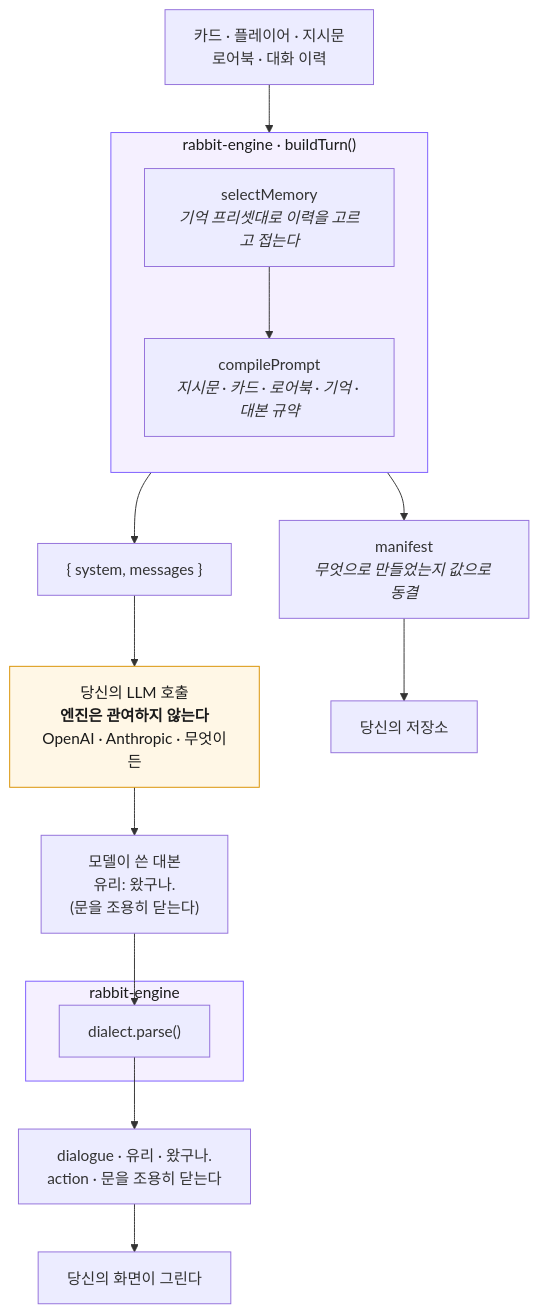
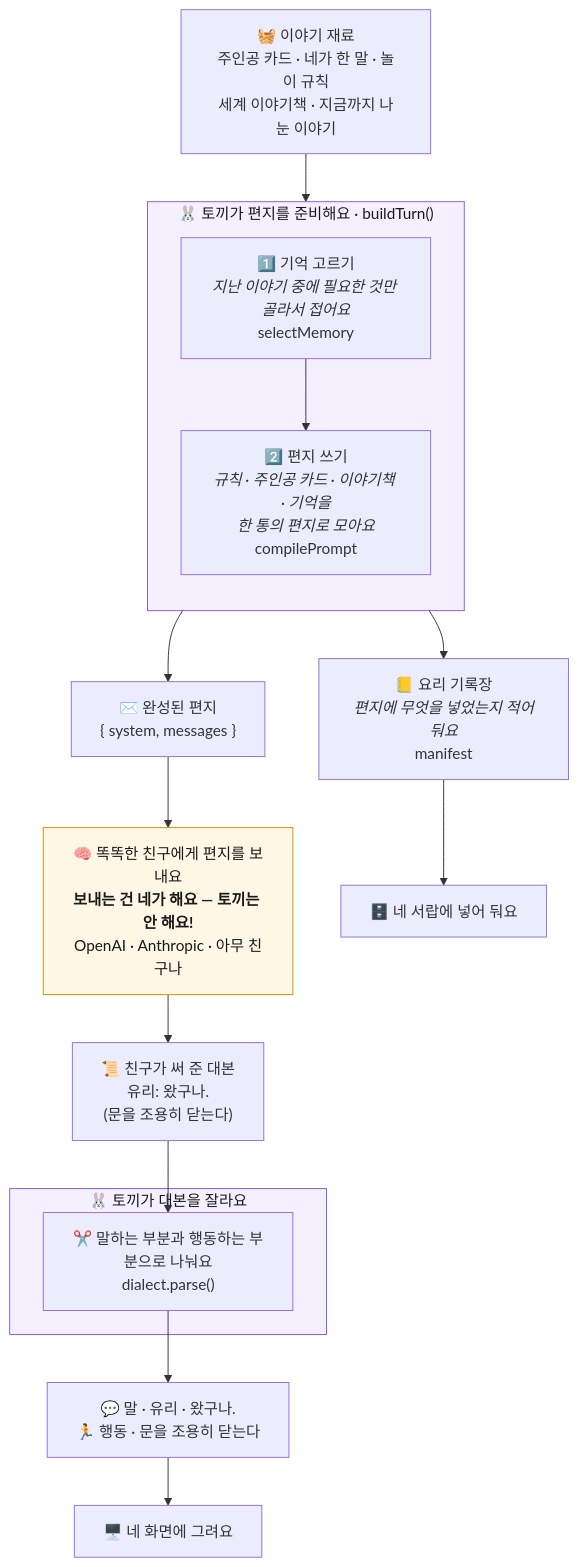
One commit to saroby/RabbitEngine changed the first of 2 diagrams in README.md. Above: the diagram before and after it, drawn with Mermaid. The commit also changed other lines of this file, not shown here.

Commit message:
README.md 업데이트

````diff
--- a/README.md
+++ b/README.md
@@ -11,32 +11,32 @@
 ```mermaid
 flowchart TB
-    IN["카드 · 플레이어 · 지시문<br>로어북 · 대화 이력"]
+    IN["🧺 이야기 재료<br>주인공 카드 · 네가 한 말 · 놀이 규칙<br>세계 이야기책 · 지금까지 나눈 이야기"]
 
-    subgraph E1["rabbit-engine · buildTurn()"]
+    subgraph E1["🐰 토끼가 편지를 준비해요 · buildTurn()"]
         direction TB
-        SM["selectMemory<br><i>기억 프리셋대로 이력을 고르고 접는다</i>"] --> CP["compilePrompt<br><i>지시문 · 카드 · 로어북 · 기억 · 대본 규약</i>"]
+        SM["1️⃣ 기억 고르기<br><i>지난 이야기 중에 필요한 것만 골라서 접어요</i><br>selectMemory"] --> CP["2️⃣ 편지 쓰기<br><i>규칙 · 주인공 카드 · 이야기책 · 기억을<br>한 통의 편지로 모아요</i><br>compilePrompt"]
     end
 
-    REQ["{ system, messages }"]
-    MAN["manifest<br><i>무엇으로 만들었는지 값으로 동결</i>"]
-    LLM["당신의 LLM 호출<br><b>엔진은 관여하지 않는다</b><br>OpenAI · Anthropic · 무엇이든"]
-    SCR["모델이 쓴 대본<br>유리: 왔구나.<br>(문을 조용히 닫는다)"]
+    REQ["✉️ 완성된 편지<br>{ system, messages }"]
+    MAN["📒 요리 기록장<br><i>편지에 무엇을 넣었는지 적어둬요</i><br>manifest"]
+    LLM["🧠 똑똑한 친구에게 편지를 보내요<br><b>보내는 건 네가 해요 — 토끼는 안 해요!</b><br>OpenAI · Anthropic · 아무 친구나"]
+    SCR["📜 친구가 써 준 대본<br>유리: 왔구나.<br>(문을 조용히 닫는다)"]
 
-    subgraph E2["rabbit-engine"]
-        PARSE["dialect.parse()"]
+    subgraph E2["🐰 토끼가 대본을 잘라요"]
+        PARSE["✂️ 말하는 부분과 행동하는 부분으로 나눠요<br>dialect.parse()"]
     end
 
-    SEG["dialogue · 유리 · 왔구나.<br>action · 문을 조용히 닫는다"]
-    UI["당신의 화면이 그린다"]
-    ST["당신의 저장소"]
+    SEG["💬 말 · 유리 · 왔구나.<br>🏃 행동 · 문을 조용히 닫는다"]
+    UI["🖥️ 네 화면에 그려요"]
+    ST["🗄️ 네 서랍에 넣어 둬요"]
 
     IN --> SM
     CP --> REQ
     CP --> MAN
     REQ --> LLM --> SCR --> PARSE --> SEG --> UI
     MAN --> ST
 
     style E1 fill:#f5f0ff,stroke:#7c5cff,color:#1a1a1a
     style E2 fill:#f5f0ff,stroke:#7c5cff,color:#1a1a1a
     style LLM fill:#fff7e6,stroke:#d99100,color:#1a1a1a
 ```
````
